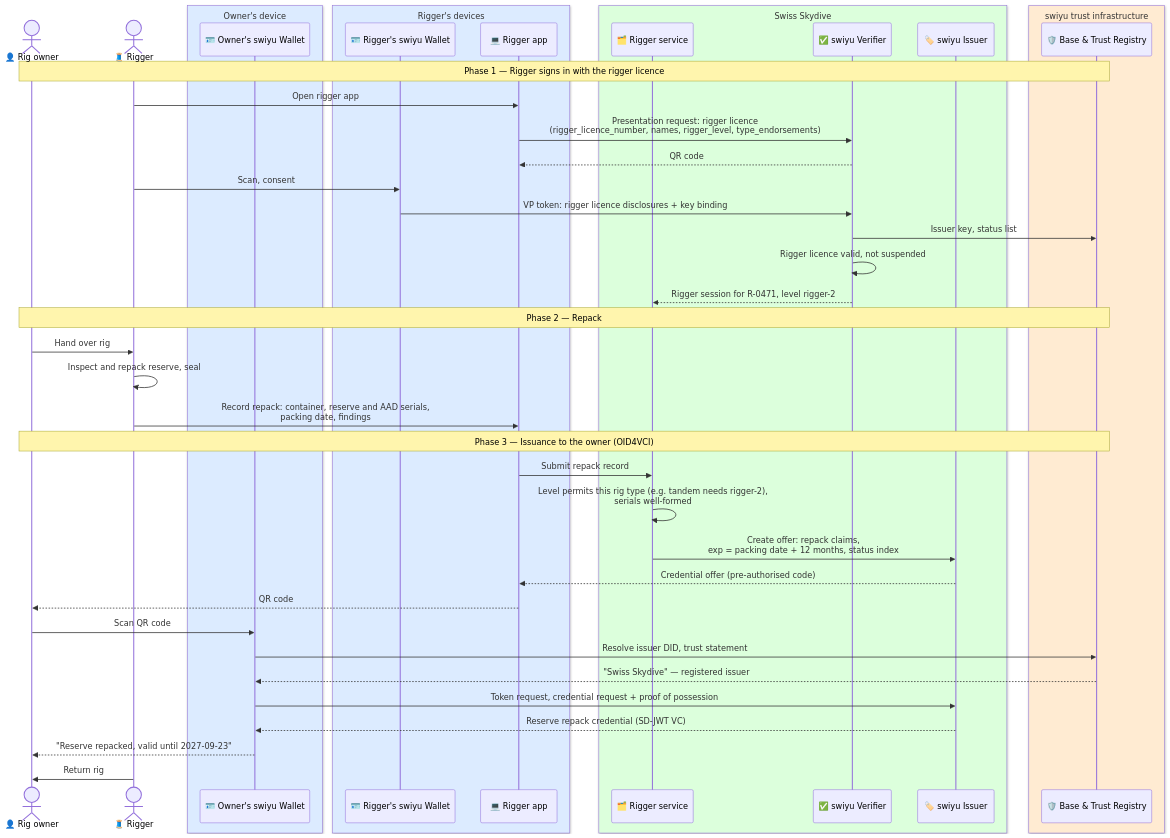
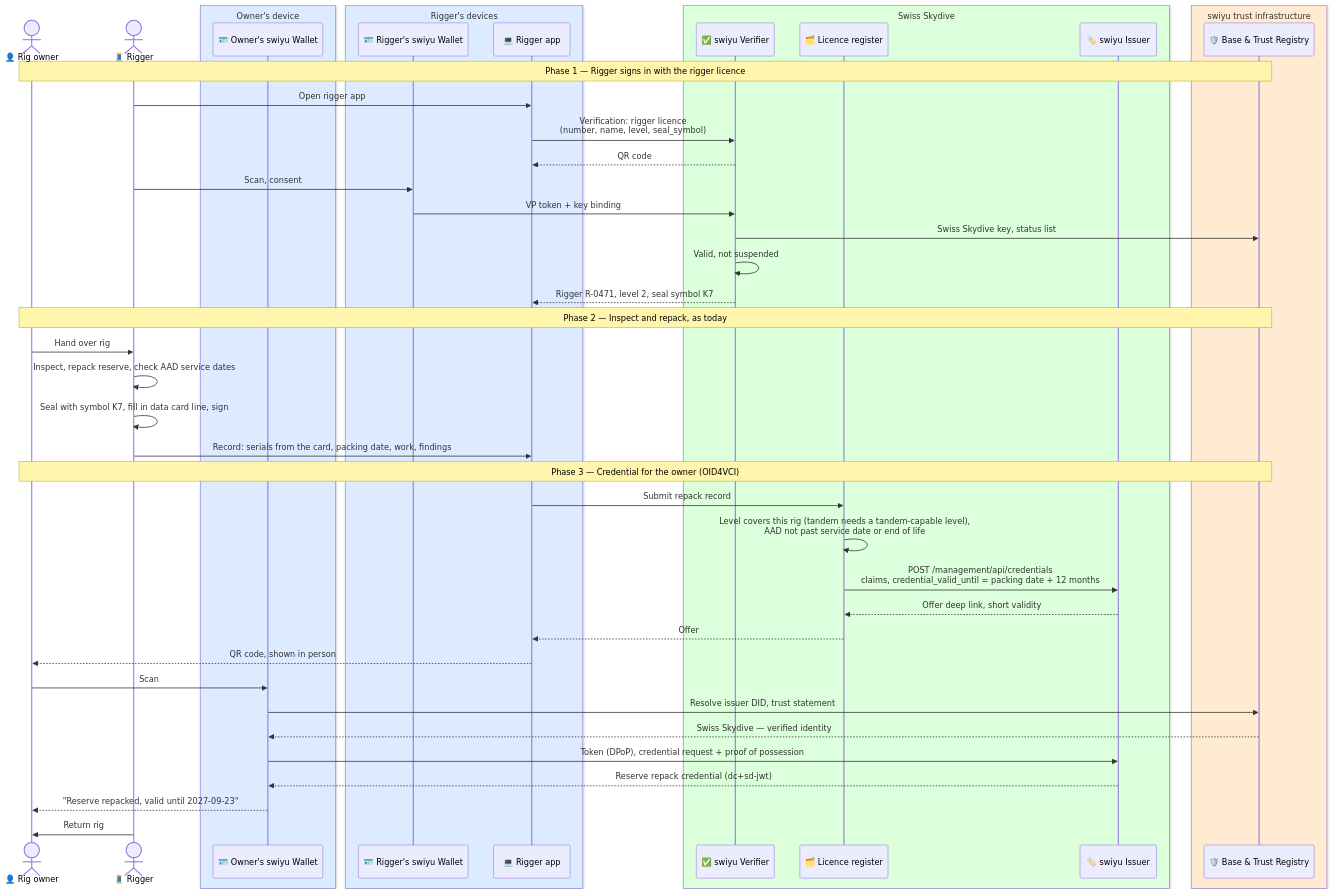
The diagram in sport/reserve-repack.md (DIDAS-swiss/Trust-Flow-Diagram-Repository), drawn with Mermaid before and after one commit. The commit also changed other lines of this file and 11 other files, not shown here.

````diff
--- a/sport/reserve-repack.md
+++ b/sport/reserve-repack.md
@@ -36,54 +64,56 @@
 ```mermaid
 %%{init: {"theme": "default", "themeVariables": {"fontFamily": "Inter, Arial"}}}%%
 sequenceDiagram
     actor Owner as 👤 Rig owner
     actor Rigger as 🧵 Rigger
 
     box rgb(220,235,255) Owner's device
         participant OWallet as 🪪 Owner's swiyu Wallet
     end
 
     box rgb(220,235,255) Rigger's devices
         participant RWallet as 🪪 Rigger's swiyu Wallet
         participant App as 💻 Rigger app
     end
 
     box rgb(220,255,220) Swiss Skydive
-        participant Service as 🗂️ Rigger service
         participant Verifier as ✅ swiyu Verifier
+        participant Register as 🗂️ Licence register
         participant Issuer as 🏷️ swiyu Issuer
     end
 
     box rgb(255,235,210) swiyu trust infrastructure
         participant Trust as 🛡️ Base & Trust Registry
     end
 
     Note over Owner,Trust: Phase 1 — Rigger signs in with the rigger licence
     Rigger->>App: Open rigger app
-    App->>Verifier: Presentation request: rigger licence<br/>(rigger_licence_number, names, rigger_level, type_endorsements)
+    App->>Verifier: Verification: rigger licence<br/>(number, name, level, seal_symbol)
     Verifier-->>App: QR code
     Rigger->>RWallet: Scan, consent
-    RWallet->>Verifier: VP token: rigger licence disclosures + key binding
-    Verifier->>Trust: Issuer key, status list
-    Verifier->>Verifier: Rigger licence valid, not suspended
-    Verifier-->>Service: Rigger session for R-0471, level rigger-2
+    RWallet->>Verifier: VP token + key binding
+    Verifier->>Trust: Swiss Skydive key, status list
+    Verifier->>Verifier: Valid, not suspended
+    Verifier-->>App: Rigger R-0471, level 2, seal symbol K7
 
-    Note over Owner,Trust: Phase 2 — Repack
+    Note over Owner,Trust: Phase 2 — Inspect and repack, as today
     Owner->>Rigger: Hand over rig
-    Rigger->>Rigger: Inspect and repack reserve, seal
-    Rigger->>App: Record repack: container, reserve and AAD serials,<br/>packing date, findings
+    Rigger->>Rigger: Inspect, repack reserve, check AAD service dates
+    Rigger->>Rigger: Seal with symbol K7, fill in data card line, sign
+    Rigger->>App: Record: serials from the card, packing date, work, findings
 
-    Note over Owner,Trust: Phase 3 — Issuance to the owner (OID4VCI)
-    App->>Service: Submit repack record
-    Service->>Service: Level permits this rig type (e.g. tandem needs rigger-2),<br/>serials well-formed
-    Service->>Issuer: Create offer: repack claims,<br/>exp = packing date + 12 months, status index
-    Issuer-->>App: Credential offer (pre-authorised code)
-    App-->>Owner: QR code
-    Owner->>OWallet: Scan QR code
+    Note over Owner,Trust: Phase 3 — Credential for the owner (OID4VCI)
+    App->>Register: Submit repack record
+    Register->>Register: Level covers this rig (tandem needs a tandem-capable level),<br/>AAD not past service date or end of life
+    Register->>Issuer: POST /management/api/credentials<br/>claims, credential_valid_until = packing date + 12 months
+    Issuer-->>Register: Offer deep link, short validity
+    Register-->>App: Offer
+    App-->>Owner: QR code, shown in person
+    Owner->>OWallet: Scan
     OWallet->>Trust: Resolve issuer DID, trust statement
-    Trust-->>OWallet: "Swiss Skydive" — registered issuer
-    OWallet->>Issuer: Token request, credential request + proof of possession
-    Issuer-->>OWallet: Reserve repack credential (SD-JWT VC)
+    Trust-->>OWallet: Swiss Skydive — verified identity
+    OWallet->>Issuer: Token (DPoP), credential request + proof of possession
+    Issuer-->>OWallet: Reserve repack credential (dc+sd-jwt)
     OWallet-->>Owner: "Reserve repacked, valid until 2027-09-23"
     Rigger->>Owner: Return rig
 ```
````
